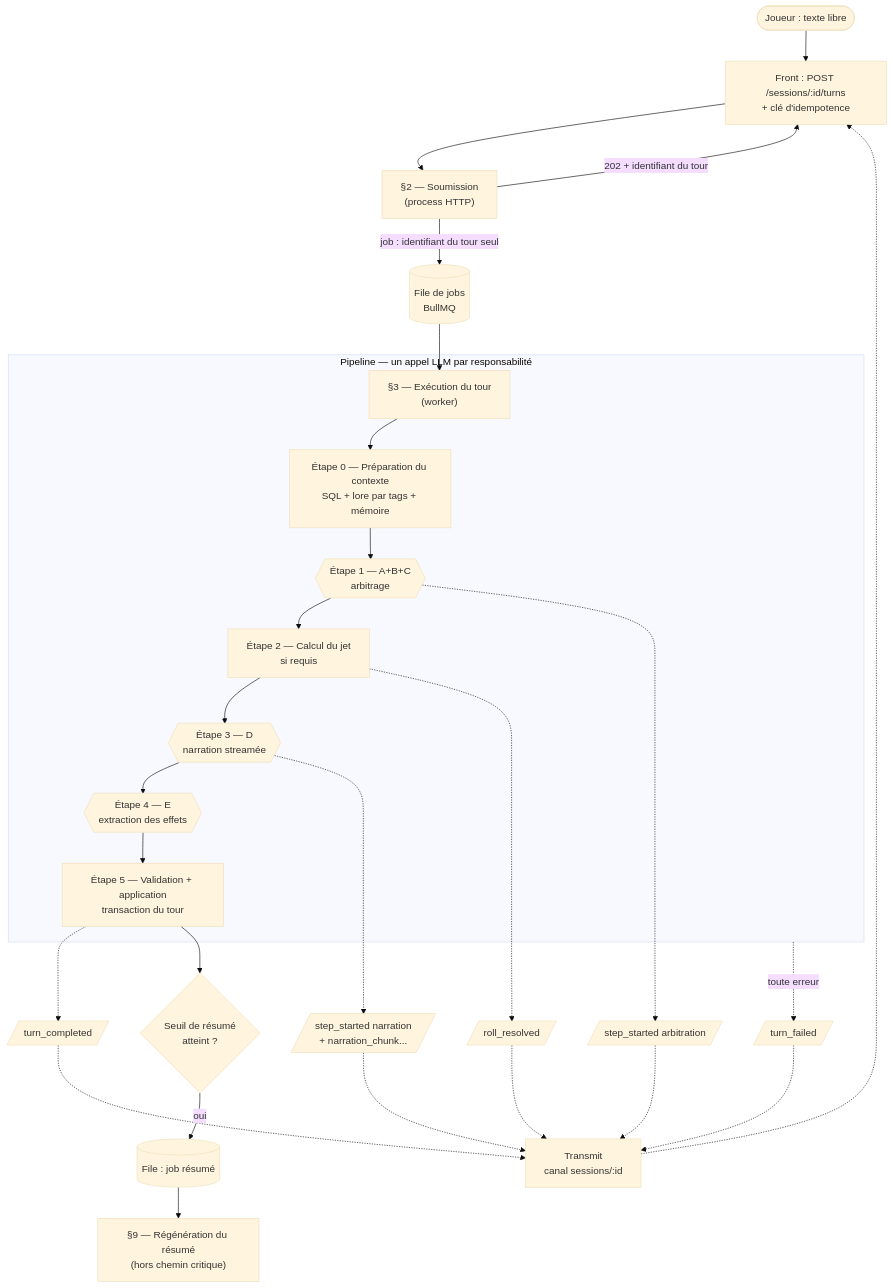
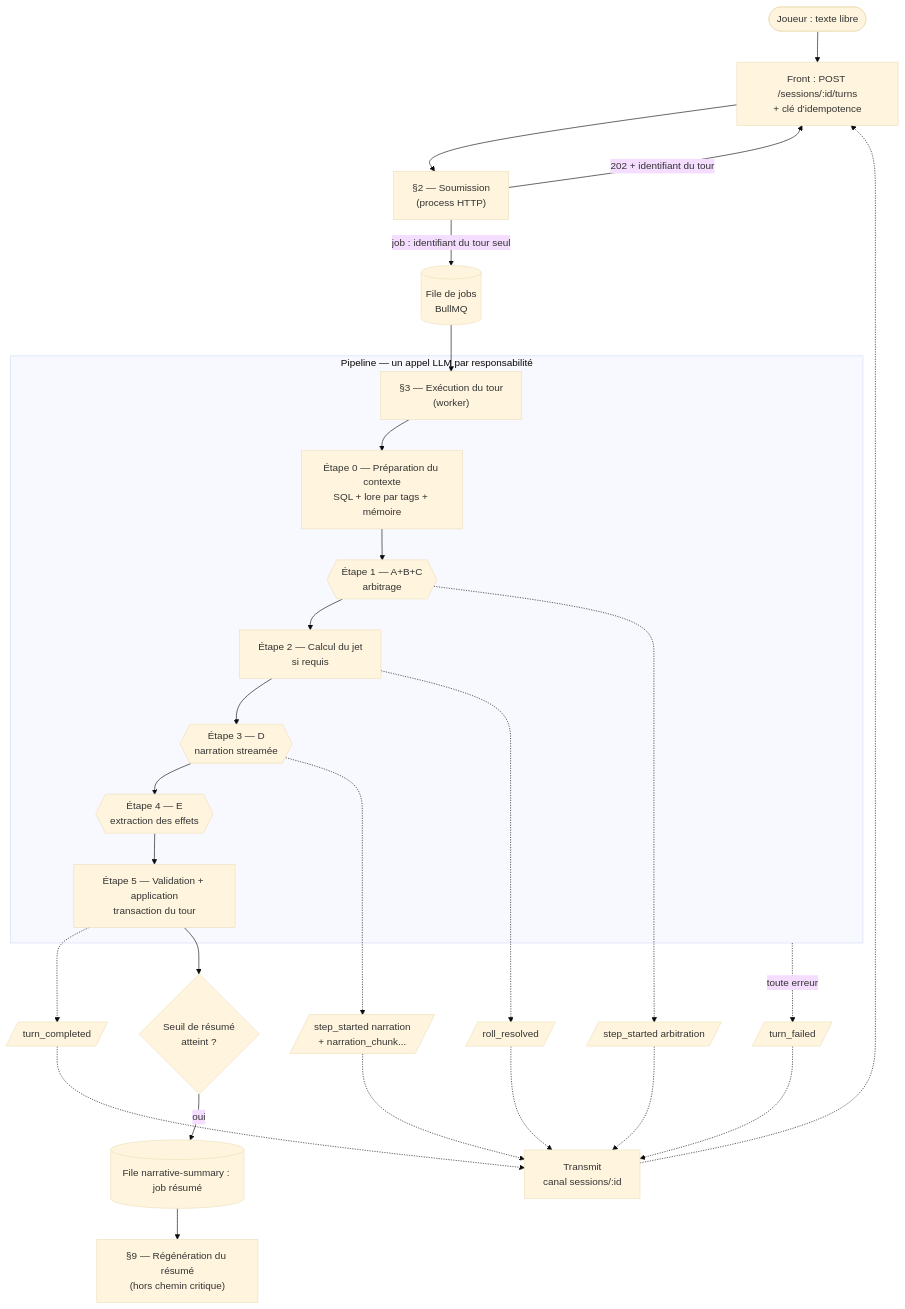
Before and after one commit to cyrilpointet/wanderlore: the first of 14 diagrams in doc/flux-backend-tour-de-jeu-mj-virtuel.md, drawn with Mermaid (base theme). The commit also changed other lines of this file and 8 other files, not shown here.

````diff
--- a/doc/flux-backend-tour-de-jeu-mj-virtuel.md
+++ b/doc/flux-backend-tour-de-jeu-mj-virtuel.md
@@ -47,30 +47,30 @@
 ```mermaid
 flowchart TD
     P([Joueur : texte libre]) --> F[Front : POST /sessions/:id/turns<br/>+ clé d'idempotence]
     F --> S["§2 — Soumission<br/>(process HTTP)"]
     S -->|202 + identifiant du tour| F
     S -->|job : identifiant du tour seul| Q[(File de jobs<br/>BullMQ)]
     Q --> W["§3 — Exécution du tour<br/>(worker)"]
 
     subgraph pipeline [Pipeline — un appel LLM par responsabilité]
         W --> C0[Étape 0 — Préparation du contexte<br/>SQL + lore par tags + mémoire]
         C0 --> ABC{{Étape 1 — A+B+C<br/>arbitrage}}
         ABC --> R[Étape 2 — Calcul du jet<br/>si requis]
         R --> D{{Étape 3 — D<br/>narration streamée}}
         D --> E{{Étape 4 — E<br/>extraction des effets}}
         E --> V[Étape 5 — Validation + application<br/>transaction du tour]
     end
 
     ABC -.-> SSE1[/step_started arbitration/]
     R -.-> SSE2[/roll_resolved/]
     D -.-> SSE3[/step_started narration<br/>+ narration_chunk.../]
     V -.-> SSE4[/turn_completed/]
     pipeline -.->|toute erreur| SSE5[/turn_failed/]
 
     SSE1 & SSE2 & SSE3 & SSE4 & SSE5 -.-> T[Transmit<br/>canal sessions/:id]
     T -.-> F
 
     V --> J{Seuil de résumé<br/>atteint ?}
-    J -->|oui| Q2[(File : job résumé)]
+    J -->|oui| Q2[(File narrative-summary : job résumé)]
     Q2 --> SUM["§9 — Régénération du résumé<br/>(hors chemin critique)"]
 ```
````
